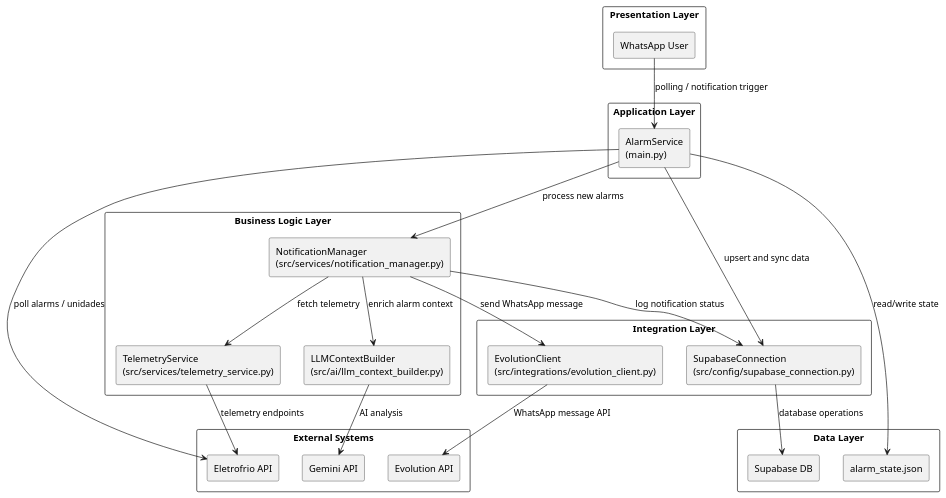
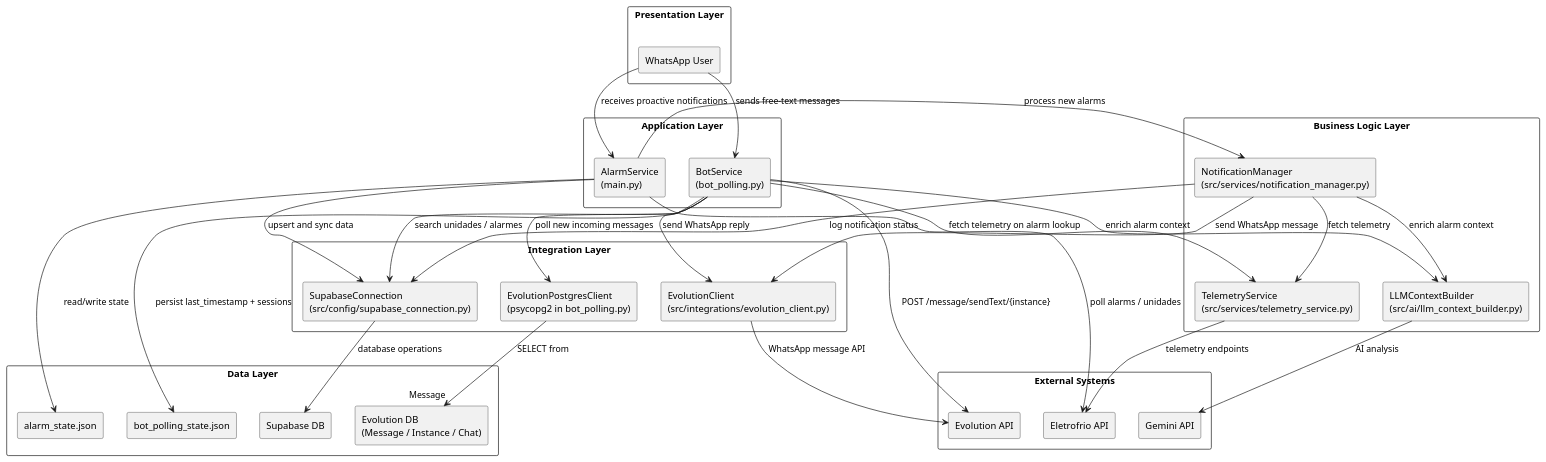
One commit to caieteC137/projeto-Eletrofrio-ScriptBoys changed the diagram in docs/COMPONENT_DIAGRAM_UML.puml. Above: the diagram before and after it, drawn with PlantUML. The commit also changed 6 other files, not shown here.

```diff
--- a/docs/COMPONENT_DIAGRAM_UML.puml
+++ b/docs/COMPONENT_DIAGRAM_UML.puml
@@ -1,52 +1,68 @@
 @startuml
 skinparam componentStyle rectangle
 skinparam shadowing false
 skinparam packageStyle rect
 
 package "Presentation Layer" {
   [WhatsApp User] as WhatsAppUser
 }
 
 package "Application Layer" {
   [AlarmService\n(main.py)] as AlarmService
+  [BotService\n(bot_polling.py)] as BotService
 }
 
 package "Business Logic Layer" {
   [NotificationManager\n(src/services/notification_manager.py)] as NotificationManager
   [TelemetryService\n(src/services/telemetry_service.py)] as TelemetryService
   [LLMContextBuilder\n(src/ai/llm_context_builder.py)] as LLMContextBuilder
 }
 
 package "Integration Layer" {
   [EvolutionClient\n(src/integrations/evolution_client.py)] as EvolutionClient
   [SupabaseConnection\n(src/config/supabase_connection.py)] as SupabaseConnection
+  [EvolutionPostgresClient\n(psycopg2 in bot_polling.py)] as EvolutionPostgresClient
 }
 
 package "Data Layer" {
   [Supabase DB] as SupabaseDB
+  [Evolution DB\n(Message / Instance / Chat)] as EvolutionDB
   [alarm_state.json] as AlarmStateFile
+  [bot_polling_state.json] as BotStateFile
 }
 
 package "External Systems" {
   [Eletrofrio API] as EletrofrioAPI
   [Gemini API] as GeminiAPI
   [Evolution API] as EvolutionAPI
 }
 
-WhatsAppUser --> AlarmService : polling / notification trigger
+WhatsAppUser --> AlarmService : receives proactive notifications
+WhatsAppUser --> BotService : sends free-text messages
+
 AlarmService --> NotificationManager : process new alarms
 AlarmService --> SupabaseConnection : upsert and sync data
 AlarmService --> EletrofrioAPI : poll alarms / unidades
 AlarmService --> AlarmStateFile : read/write state
+
+BotService --> TelemetryService : fetch telemetry on alarm lookup
+BotService --> LLMContextBuilder : enrich alarm context
+BotService --> EvolutionClient : send WhatsApp reply
+BotService --> SupabaseConnection : search unidades / alarmes
+BotService --> EvolutionPostgresClient : poll new incoming messages
+BotService --> BotStateFile : persist last_timestamp + sessions
+BotService --> EvolutionAPI : POST /message/sendText/{instance}
+
+EvolutionPostgresClient --> EvolutionDB : SELECT from "Message"
 
 NotificationManager --> TelemetryService : fetch telemetry
 NotificationManager --> LLMContextBuilder : enrich alarm context
 NotificationManager --> EvolutionClient : send WhatsApp message
 NotificationManager --> SupabaseConnection : log notification status
 
 TelemetryService --> EletrofrioAPI : telemetry endpoints
 LLMContextBuilder --> GeminiAPI : AI analysis
 EvolutionClient --> EvolutionAPI : WhatsApp message API
 SupabaseConnection --> SupabaseDB : database operations
 
 @enduml
```
